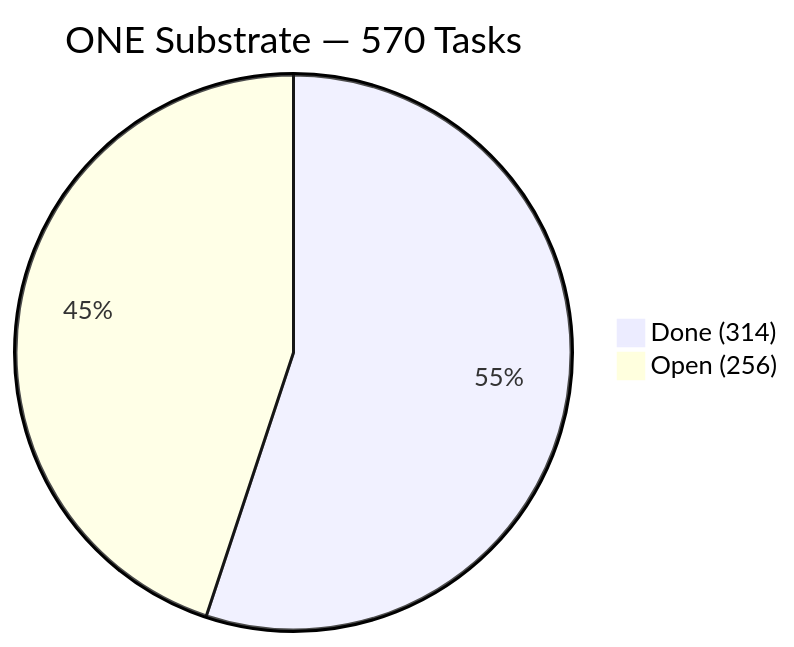
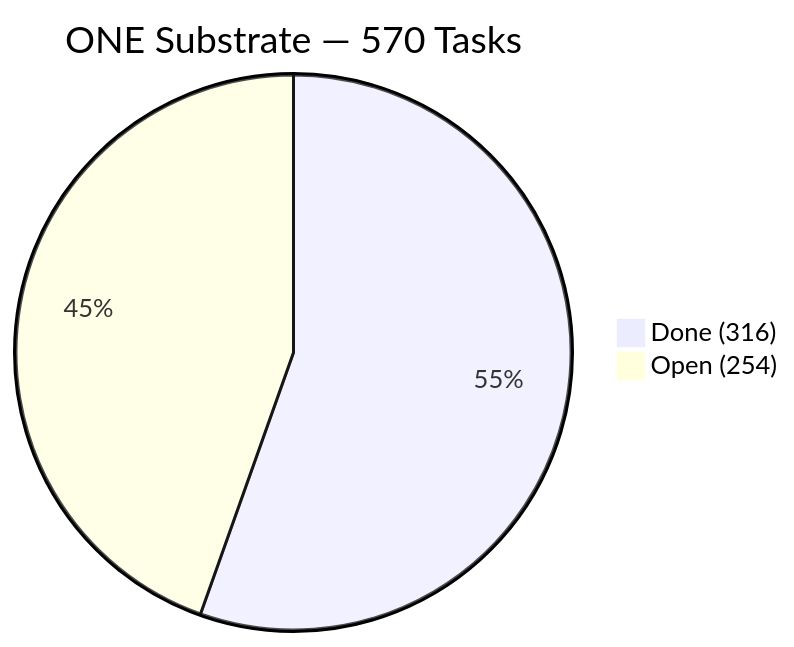
The first of 4 diagrams in docs/TODO.md (tonyoconnell/agent-ui), drawn with Mermaid before and after one commit. The commit also changed other lines of this file and 28 other files, not shown here.

````diff
--- a/docs/TODO.md
+++ b/docs/TODO.md
@@ -6,5 +6,5 @@
 ```mermaid
 pie title ONE Substrate — 570 Tasks
-    "Done (314)" : 314
-    "Open (256)" : 256
+    "Done (316)" : 316
+    "Open (254)" : 254
 ```
````
